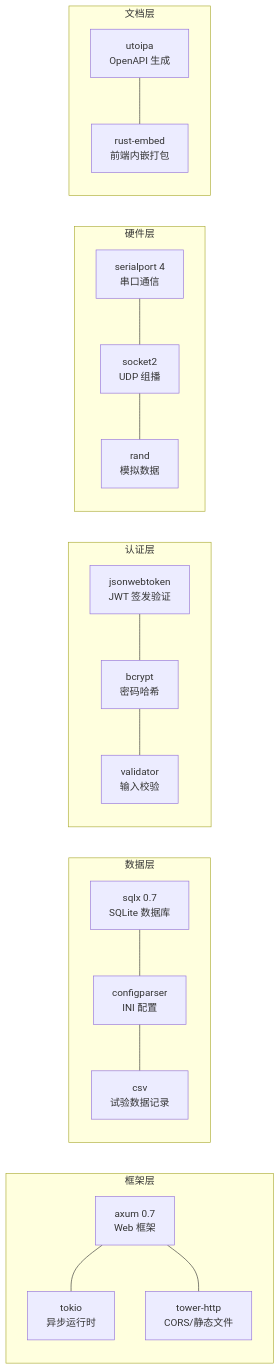
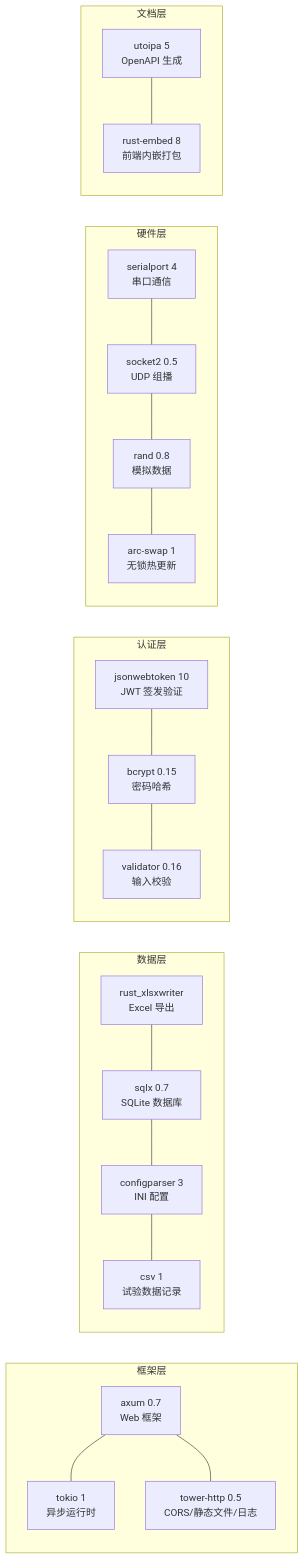
Before and after one commit to 3123958139/RustWeb-Vue: the first of 17 diagrams in docs/tutorial/01-项目全景.md, drawn with Mermaid. The commit also changed other lines of this file and 8 other files, not shown here.

````diff
--- a/docs/tutorial/01-项目全景.md
+++ b/docs/tutorial/01-项目全景.md
@@ -48,33 +49,36 @@
 ```mermaid
 flowchart LR
     subgraph 框架层
         A[axum 0.7<br/>Web 框架]
-        B[tokio<br/>异步运行时]
-        C[tower-http<br/>CORS/静态文件]
+        B[tokio 1<br/>异步运行时]
+        C[tower-http 0.5<br/>CORS/静态文件/日志]
     end
     subgraph 数据层
         D[sqlx 0.7<br/>SQLite 数据库]
-        E[configparser<br/>INI 配置]
-        F[csv<br/>试验数据记录]
+        E[configparser 3<br/>INI 配置]
+        F[csv 1<br/>试验数据记录]
+        X[rust_xlsxwriter<br/>Excel 导出]
     end
     subgraph 认证层
-        G[jsonwebtoken<br/>JWT 签发验证]
-        H[bcrypt<br/>密码哈希]
-        I[validator<br/>输入校验]
+        G[jsonwebtoken 10<br/>JWT 签发验证]
+        H[bcrypt 0.15<br/>密码哈希]
+        I[validator 0.16<br/>输入校验]
     end
     subgraph 硬件层
         J[serialport 4<br/>串口通信]
-        K[socket2<br/>UDP 组播]
-        L[rand<br/>模拟数据]
+        K[socket2 0.5<br/>UDP 组播]
+        L[rand 0.8<br/>模拟数据]
+        M[arc-swap 1<br/>无锁热更新]
     end
     subgraph 文档层
-        M[utoipa<br/>OpenAPI 生成]
-        N[rust-embed<br/>前端内嵌打包]
+        N[utoipa 5<br/>OpenAPI 生成]
+        O[rust-embed 8<br/>前端内嵌打包]
     end
     A --- B
     A --- C
     D --- E --- F
     G --- H --- I
-    J --- K --- L
-    M --- N
+    J --- K --- L --- M
+    N --- O
+    X --- D
 ```
````
